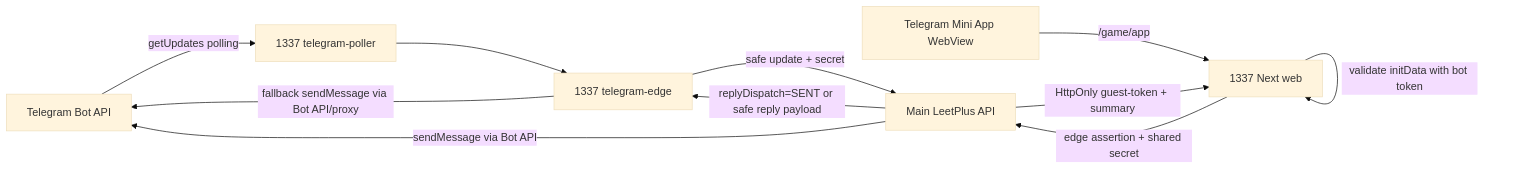
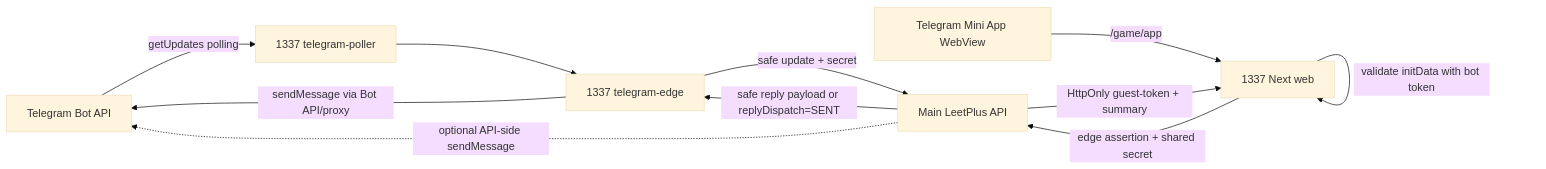
The diagram in docs/deployment/telegram-edge-vds/README.md (boozik3412/leetplus), drawn with Mermaid (base theme) before and after one commit. The commit also changed other lines of this file and 5 other files, not shown here.

Commit message:
fix: mark telegram edge reply sender ready

````diff
--- a/docs/deployment/telegram-edge-vds/README.md
+++ b/docs/deployment/telegram-edge-vds/README.md
@@ -41,13 +41,13 @@
 ```mermaid
 flowchart LR
   TG["Telegram Bot API"] -->|"getUpdates polling"| POLLER["1337 telegram-poller"]
   POLLER --> EDGE["1337 telegram-edge"]
   EDGE -->|"safe update + secret"| API["Main LeetPlus API"]
-  API -->|"replyDispatch=SENT or safe reply payload"| EDGE
-  API -->|"sendMessage via Bot API"| TG
-  EDGE -->|"fallback sendMessage via Bot API/proxy"| TG
+  API -->|"safe reply payload or replyDispatch=SENT"| EDGE
+  EDGE -->|"sendMessage via Bot API/proxy"| TG
+  API -.->|"optional API-side sendMessage"| TG
   TGAPP["Telegram Mini App WebView"] -->|"/game/app"| EDGEWEB["1337 Next web"]
   EDGEWEB -->|"validate initData with bot token"| EDGEWEB
   EDGEWEB -->|"edge assertion + shared secret"| API
   API -->|"HttpOnly guest-token + summary"| EDGEWEB
 ```
````
